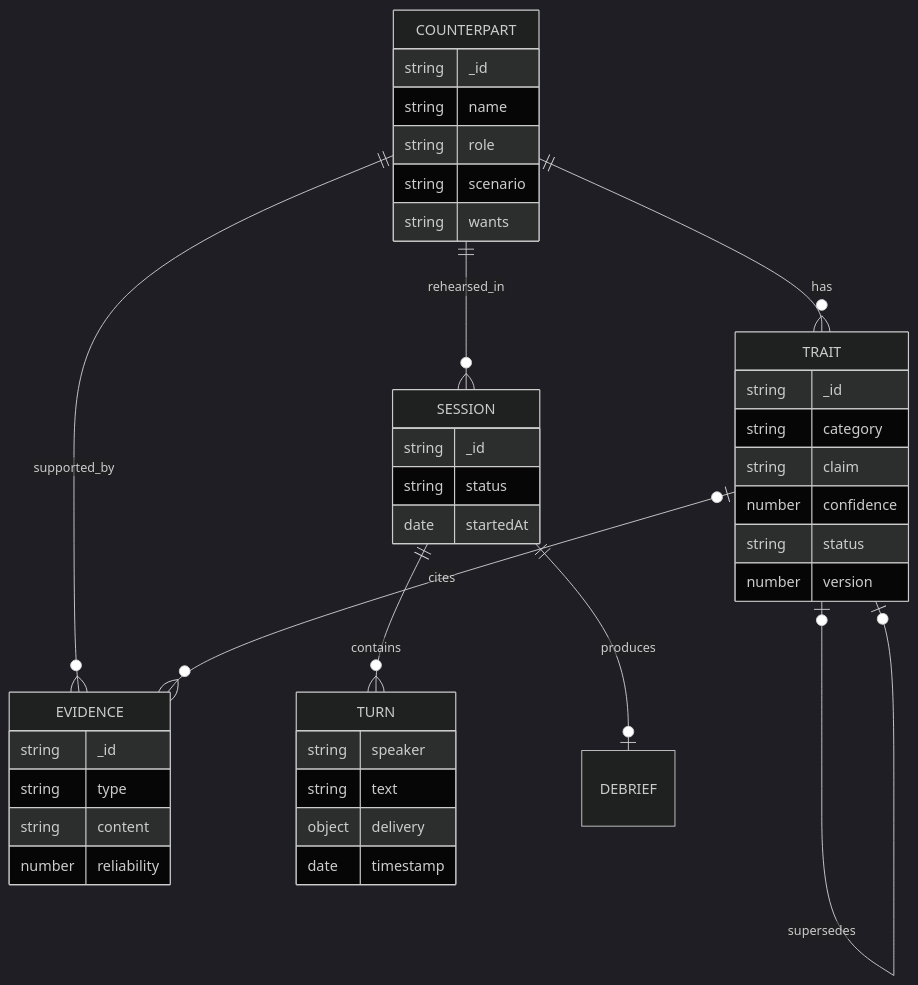
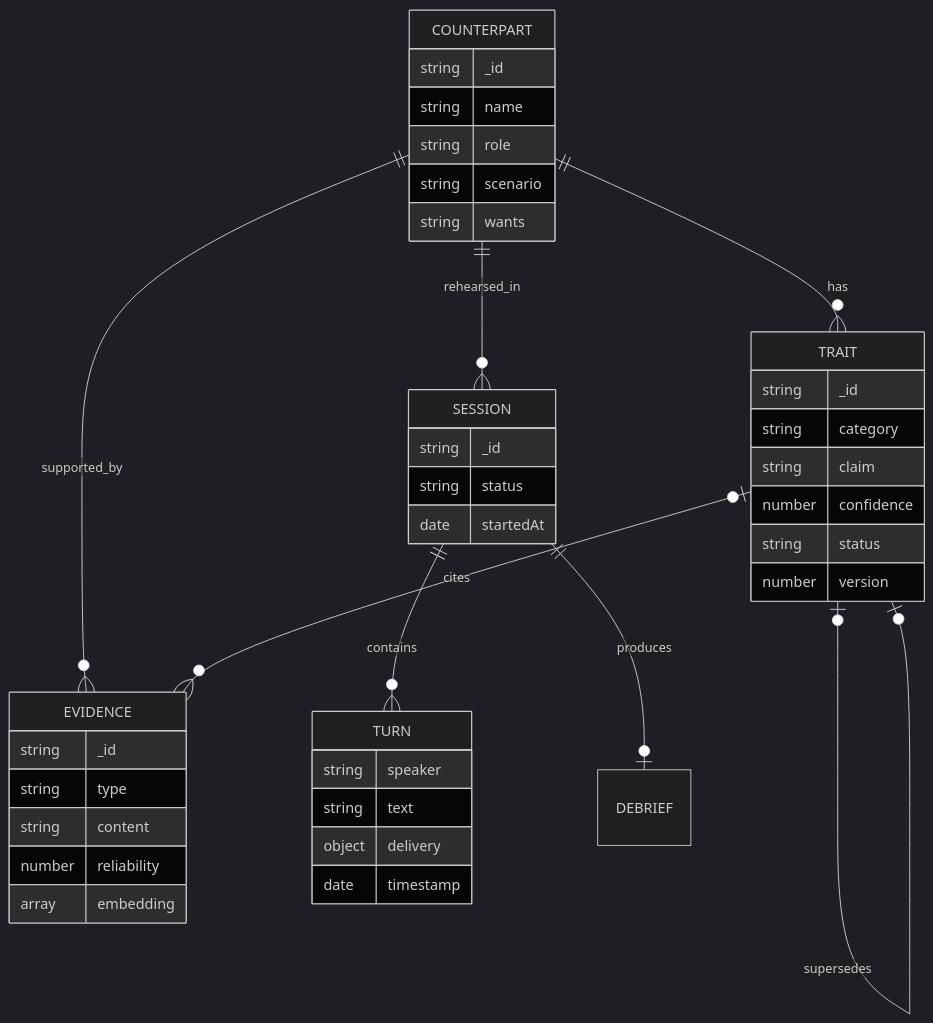
Before and after one commit to assemkdv/mongodb-ai-hackathon: the fourth of 4 diagrams in README.md, drawn with Mermaid (dark theme). The commit also changed other lines of this file, not shown here.

````diff
--- a/README.md
+++ b/README.md
@@ -420,47 +515,48 @@
 ```mermaid
 erDiagram
     COUNTERPART ||--o{ TRAIT : has
     COUNTERPART ||--o{ EVIDENCE : supported_by
     COUNTERPART ||--o{ SESSION : rehearsed_in
     SESSION ||--o{ TURN : contains
     SESSION ||--o| DEBRIEF : produces
     TRAIT o|--o{ EVIDENCE : cites
     TRAIT o|--o| TRAIT : supersedes
 
     COUNTERPART {
         string _id
         string name
         string role
         string scenario
         string wants
     }
 
     TRAIT {
         string _id
         string category
         string claim
         number confidence
         string status
         number version
     }
 
     EVIDENCE {
         string _id
         string type
         string content
         number reliability
+        array embedding
     }
 
     SESSION {
         string _id
         string status
         date startedAt
     }
 
     TURN {
         string speaker
         string text
         object delivery
         date timestamp
     }
 ```
````
